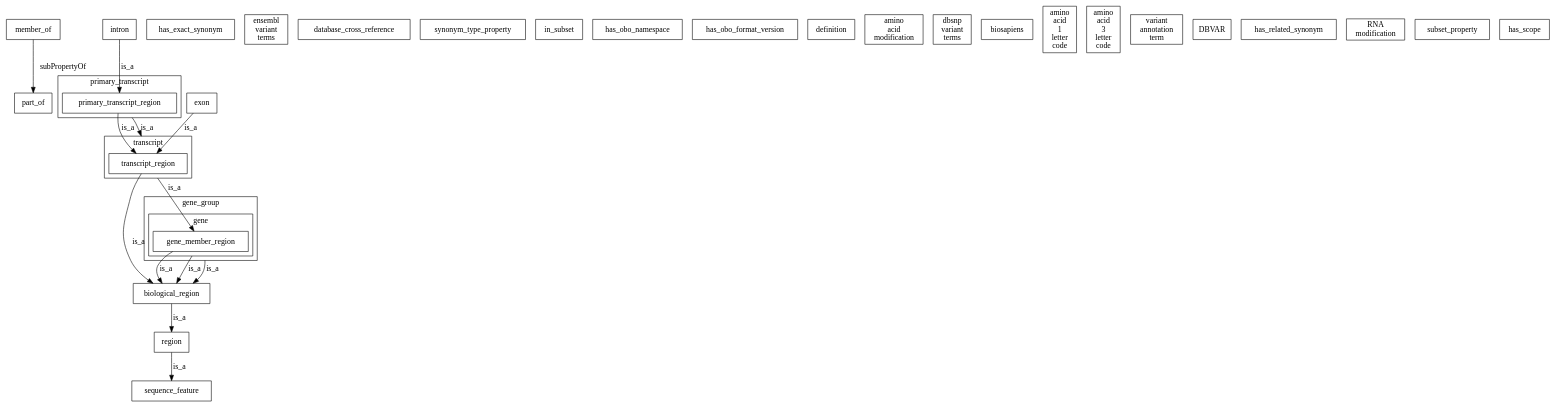
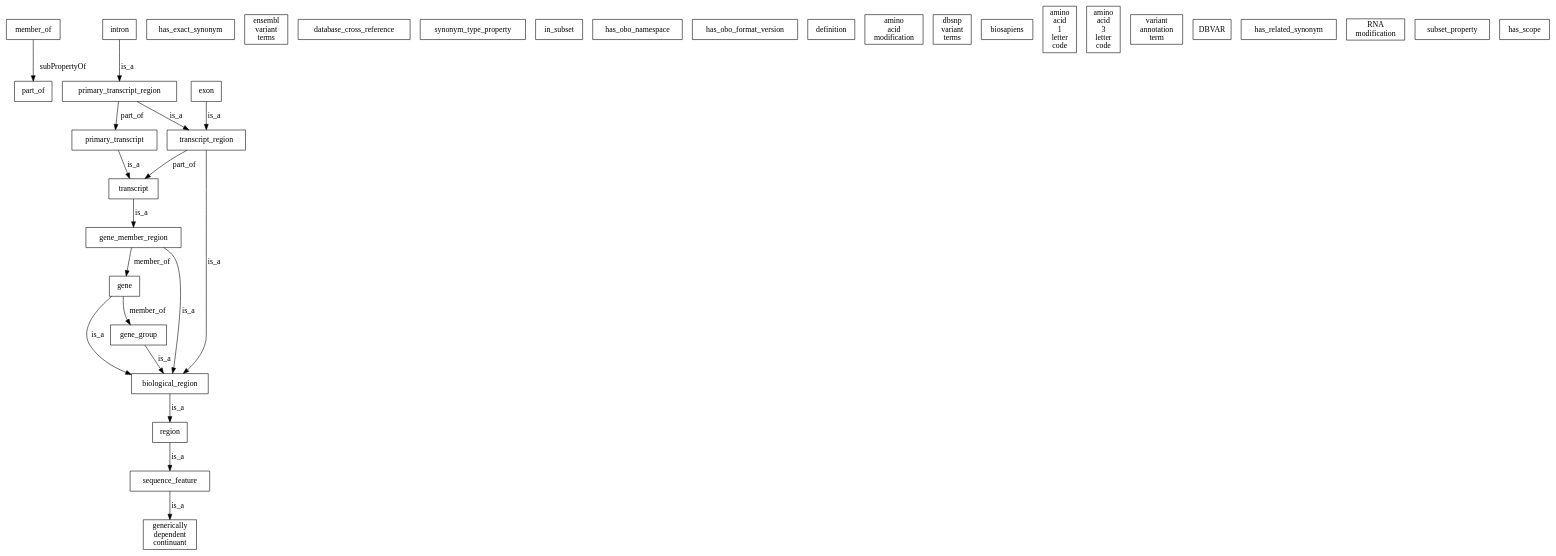
The diagram in examples/so-example.dot (INCATools/obographviz), drawn with Graphviz before and after one commit. The commit also changed 8 other files, not shown here.

```diff
--- a/examples/so-example.dot
+++ b/examples/so-example.dot
@@ -1,64 +1,53 @@
 digraph {
-  compound=true;
-  http___purl_obolibrary_org_obo_so_xp_obo_member_of [label=member_of,shape=box,font=helvetica]
-  http___purl_obolibrary_org_obo_SO_0000188 [label=intron,shape=box,font=helvetica]
-  http___purl_obolibrary_org_obo_SO_0000001 [label=region,shape=box,font=helvetica]
+  RO_0002350 [label=member_of,shape=box,font=helvetica]
+  BFO_GDC [label="generically\ndependent\ncontinuant",shape=box,font=helvetica]
+  SO_0000188 [label=intron,shape=box,font=helvetica]
+  SO_0000001 [label=region,shape=box,font=helvetica]
   http___www_geneontology_org_formats_oboInOwl_hasExactSynonym [label=has_exact_synonym,shape=box,font=helvetica]
-  subgraph cluster_http___purl_obolibrary_org_obo_SO_0000185 {
-    label=primary_transcript;
-    shape=box;
-    font=helvetica;
-    http___purl_obolibrary_org_obo_SO_0000835 [label=primary_transcript_region,shape=box,font=helvetica]
-  }
+  SO_0000185 [label=primary_transcript,shape=box,font=helvetica]
   http___purl_obolibrary_org_obo_so_xp_obo_ebi_variants [label="ensembl\nvariant\nterms",shape=box,font=helvetica]
   http___www_geneontology_org_formats_oboInOwl_hasDbXref [label=database_cross_reference,shape=box,font=helvetica]
   http___www_geneontology_org_formats_oboInOwl_SynonymTypeProperty [label=synonym_type_property,shape=box,font=helvetica]
   http___www_geneontology_org_formats_oboInOwl_inSubset [label=in_subset,shape=box,font=helvetica]
   http___www_geneontology_org_formats_oboInOwl_hasOBONamespace [label=has_obo_namespace,shape=box,font=helvetica]
   http___www_geneontology_org_formats_oboInOwl_hasOBOFormatVersion [label=has_obo_format_version,shape=box,font=helvetica]
+  SO_0000833 [label=transcript_region,shape=box,font=helvetica]
+  SO_0000835 [label=primary_transcript_region,shape=box,font=helvetica]
   http___purl_obolibrary_org_obo_IAO_0000115 [label=definition,shape=box,font=helvetica]
   http___purl_obolibrary_org_obo_so_xp_obo_AAMOD [label="amino\nacid\nmodification",shape=box,font=helvetica]
-  http___purl_obolibrary_org_obo_so_xp_obo_part_of [label=part_of,shape=box,font=helvetica]
-  http___purl_obolibrary_org_obo_SO_0000110 [label=sequence_feature,shape=box,font=helvetica]
-  subgraph cluster_http___purl_obolibrary_org_obo_SO_0000673 {
-    label=transcript;
-    shape=box;
-    font=helvetica;
-    http___purl_obolibrary_org_obo_SO_0000833 [label=transcript_region,shape=box,font=helvetica]
-  }
+  SO_0000831 [label=gene_member_region,shape=box,font=helvetica]
+  BFO_0000050 [label=part_of,shape=box,font=helvetica]
+  SO_0000110 [label=sequence_feature,shape=box,font=helvetica]
+  SO_0000673 [label=transcript,shape=box,font=helvetica]
   http___purl_obolibrary_org_obo_so_xp_obo_dbsnp [label="dbsnp\nvariant\nterms",shape=box,font=helvetica]
   http___purl_obolibrary_org_obo_so_xp_obo_BS [label=biosapiens,shape=box,font=helvetica]
   http___purl_obolibrary_org_obo_so_xp_obo_aa1 [label="amino\nacid\n1\nletter\ncode",shape=box,font=helvetica]
   http___purl_obolibrary_org_obo_so_xp_obo_aa3 [label="amino\nacid\n3\nletter\ncode",shape=box,font=helvetica]
   http___purl_obolibrary_org_obo_so_xp_obo_VAR [label="variant\nannotation\nterm",shape=box,font=helvetica]
+  SO_0000704 [label=gene,shape=box,font=helvetica]
   http___purl_obolibrary_org_obo_so_xp_obo_dbvar [label=DBVAR,shape=box,font=helvetica]
   http___www_geneontology_org_formats_oboInOwl_hasRelatedSynonym [label=has_related_synonym,shape=box,font=helvetica]
   http___purl_obolibrary_org_obo_so_xp_obo_RNAMOD [label="RNA\nmodification",shape=box,font=helvetica]
-  http___purl_obolibrary_org_obo_SO_0000147 [label=exon,shape=box,font=helvetica]
+  SO_0000147 [label=exon,shape=box,font=helvetica]
   http___www_geneontology_org_formats_oboInOwl_SubsetProperty [label=subset_property,shape=box,font=helvetica]
   http___www_geneontology_org_formats_oboInOwl_hasScope [label=has_scope,shape=box,font=helvetica]
-  http___purl_obolibrary_org_obo_SO_0001411 [label=biological_region,shape=box,font=helvetica]
-  subgraph cluster_http___purl_obolibrary_org_obo_SO_0005855 {
-    label=gene_group;
-    shape=box;
-    font=helvetica;
-    subgraph cluster_http___purl_obolibrary_org_obo_SO_0000704 {
-      label=gene;
-      shape=box;
-      font=helvetica;
-      http___purl_obolibrary_org_obo_SO_0000831 [label=gene_member_region,shape=box,font=helvetica]
-    }
-  }
-  http___purl_obolibrary_org_obo_SO_0000188 -> http___purl_obolibrary_org_obo_SO_0000835 [label=is_a]
-  http___purl_obolibrary_org_obo_SO_0000831 -> http___purl_obolibrary_org_obo_SO_0001411 [label=is_a]
-  http___purl_obolibrary_org_obo_so_xp_obo_member_of -> http___purl_obolibrary_org_obo_so_xp_obo_part_of [label=subPropertyOf]
-  http___purl_obolibrary_org_obo_SO_0000835 -> http___purl_obolibrary_org_obo_SO_0000833 [label=is_a]
-  http___purl_obolibrary_org_obo_SO_0000835 -> http___purl_obolibrary_org_obo_SO_0000833 [label=is_a,ltail=cluster_http___purl_obolibrary_org_obo_SO_0000185,lhead=cluster_http___purl_obolibrary_org_obo_SO_0000673]
-  http___purl_obolibrary_org_obo_SO_0000833 -> http___purl_obolibrary_org_obo_SO_0000831 [label=is_a,ltail=cluster_http___purl_obolibrary_org_obo_SO_0000673]
-  http___purl_obolibrary_org_obo_SO_0000147 -> http___purl_obolibrary_org_obo_SO_0000833 [label=is_a]
-  http___purl_obolibrary_org_obo_SO_0000001 -> http___purl_obolibrary_org_obo_SO_0000110 [label=is_a]
-  http___purl_obolibrary_org_obo_SO_0001411 -> http___purl_obolibrary_org_obo_SO_0000001 [label=is_a]
-  http___purl_obolibrary_org_obo_SO_0000831 -> http___purl_obolibrary_org_obo_SO_0001411 [label=is_a,ltail=cluster_http___purl_obolibrary_org_obo_SO_0000704]
-  http___purl_obolibrary_org_obo_SO_0000833 -> http___purl_obolibrary_org_obo_SO_0001411 [label=is_a]
-  http___purl_obolibrary_org_obo_SO_0000831 -> http___purl_obolibrary_org_obo_SO_0001411 [label=is_a,ltail=cluster_http___purl_obolibrary_org_obo_SO_0005855]
+  SO_0001411 [label=biological_region,shape=box,font=helvetica]
+  SO_0005855 [label=gene_group,shape=box,font=helvetica]
+  SO_0000188 -> SO_0000835 [label=is_a]
+  SO_0000831 -> SO_0001411 [label=is_a]
+  RO_0002350 -> BFO_0000050 [label=subPropertyOf]
+  SO_0000835 -> SO_0000833 [label=is_a]
+  SO_0000704 -> SO_0005855 [label=member_of]
+  SO_0000185 -> SO_0000673 [label=is_a]
+  SO_0000833 -> SO_0000673 [label=part_of]
+  SO_0000673 -> SO_0000831 [label=is_a]
+  SO_0000147 -> SO_0000833 [label=is_a]
+  SO_0000110 -> BFO_GDC [label=is_a]
+  SO_0000001 -> SO_0000110 [label=is_a]
+  SO_0001411 -> SO_0000001 [label=is_a]
+  SO_0000704 -> SO_0001411 [label=is_a]
+  SO_0000833 -> SO_0001411 [label=is_a]
+  SO_0005855 -> SO_0001411 [label=is_a]
+  SO_0000835 -> SO_0000185 [label=part_of]
+  SO_0000831 -> SO_0000704 [label=member_of]
 }
```
